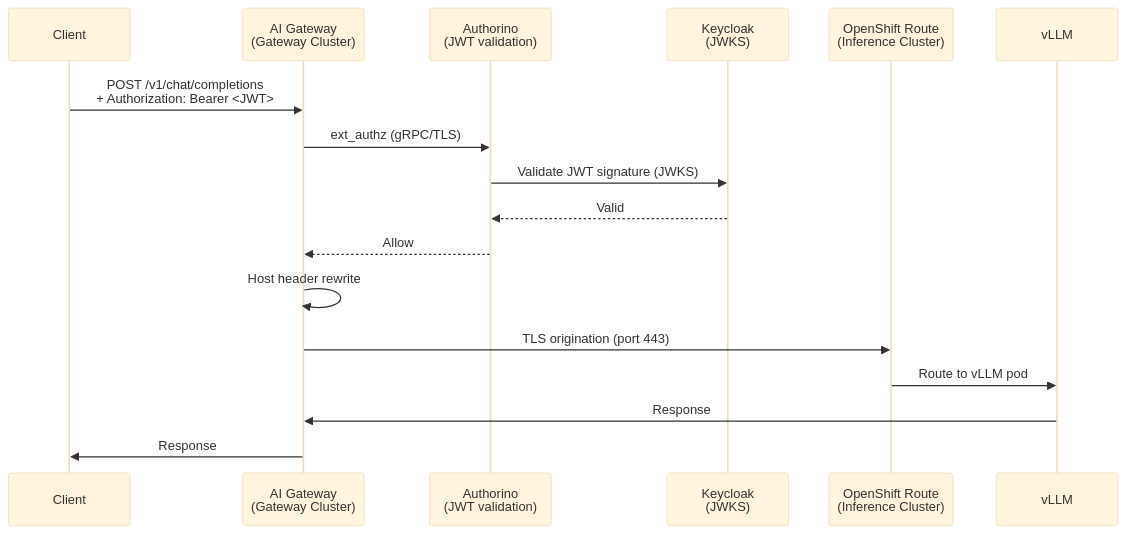
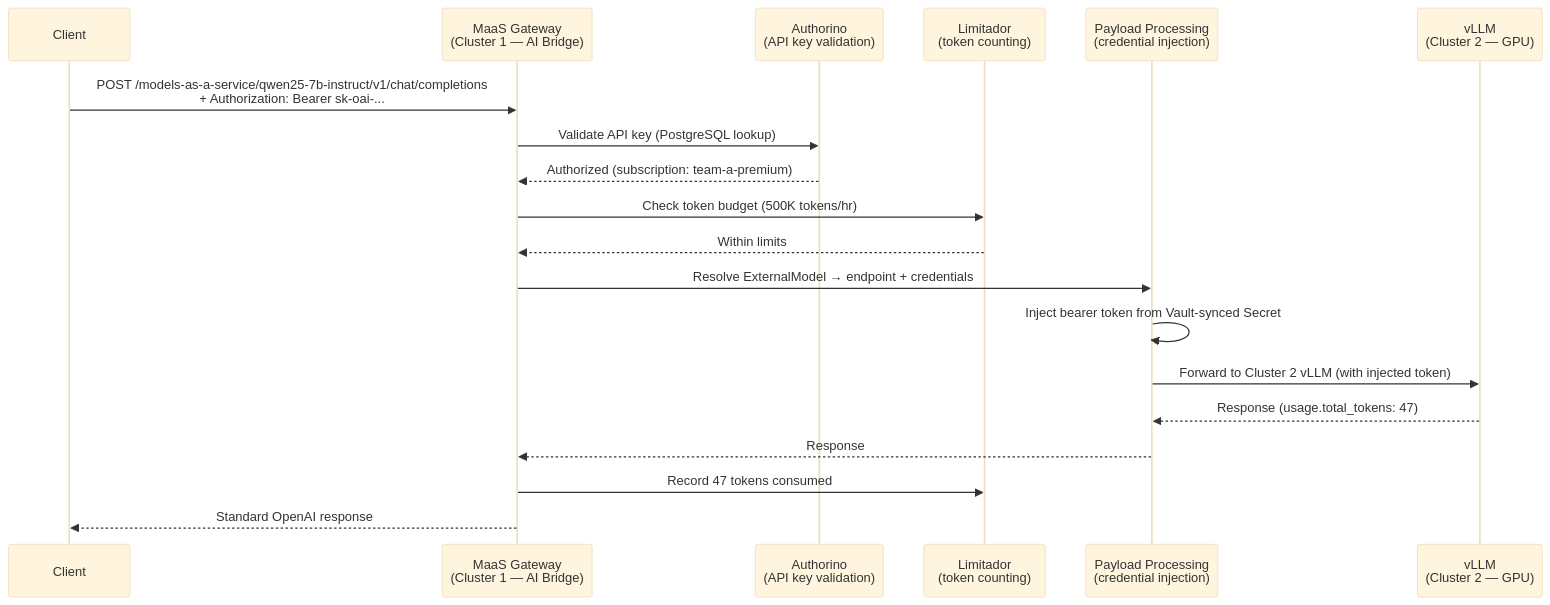
One commit to rrbanda/maas-demo changed the second of 3 diagrams in README.md. Above: the diagram before and after it, drawn with Mermaid (base theme). The commit also changed other lines of this file and 4 other files, not shown here.

First line of the commit message:
Align all docs with current architecture: governance on Cluster 1 (AI Bridge)

````diff
--- a/README.md
+++ b/README.md
@@ -57,20 +61,22 @@
 ```mermaid
 sequenceDiagram
     participant C as Client
-    participant GW as AI Gateway<br/>(Gateway Cluster)
-    participant Auth as Authorino<br/>(JWT validation)
-    participant KC as Keycloak<br/>(JWKS)
-    participant RT as OpenShift Route<br/>(Inference Cluster)
-    participant V as vLLM
+    participant GW as MaaS Gateway<br/>(Cluster 1 — AI Bridge)
+    participant Auth as Authorino<br/>(API key validation)
+    participant Lim as Limitador<br/>(token counting)
+    participant PP as Payload Processing<br/>(credential injection)
+    participant V as vLLM<br/>(Cluster 2 — GPU)
 
-    C->>GW: POST /v1/chat/completions<br/>+ Authorization: Bearer <JWT>
-    GW->>Auth: ext_authz (gRPC/TLS)
-    Auth->>KC: Validate JWT signature (JWKS)
-    KC-->>Auth: Valid
-    Auth-->>GW: Allow
-    GW->>GW: Host header rewrite
-    GW->>RT: TLS origination (port 443)
-    RT->>V: Route to vLLM pod
-    V->>GW: Response
-    GW->>C: Response
+    C->>GW: POST /models-as-a-service/qwen25-7b-instruct/v1/chat/completions<br/>+ Authorization: Bearer sk-oai-...
+    GW->>Auth: Validate API key (PostgreSQL lookup)
+    Auth-->>GW: Authorized (subscription: team-a-premium)
+    GW->>Lim: Check token budget (500K tokens/hr)
+    Lim-->>GW: Within limits
+    GW->>PP: Resolve ExternalModel → endpoint + credentials
+    PP->>PP: Inject bearer token from Vault-synced Secret
+    PP->>V: Forward to Cluster 2 vLLM (with injected token)
+    V-->>PP: Response (usage.total_tokens: 47)
+    PP-->>GW: Response
+    GW->>Lim: Record 47 tokens consumed
+    GW-->>C: Standard OpenAI response
 ```
````
